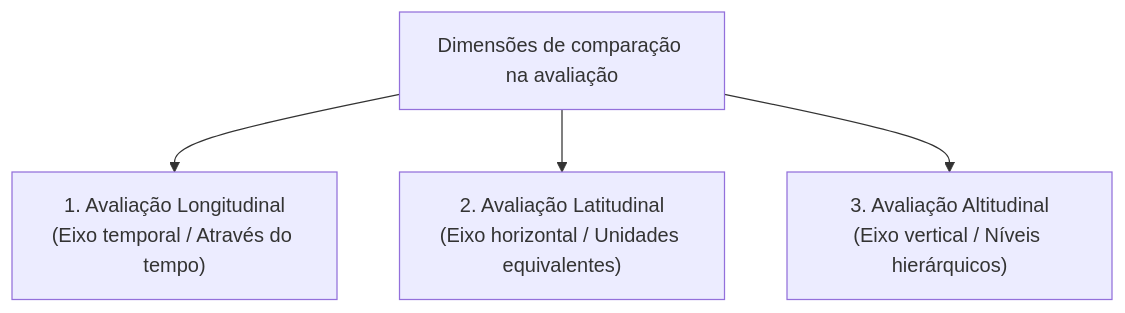
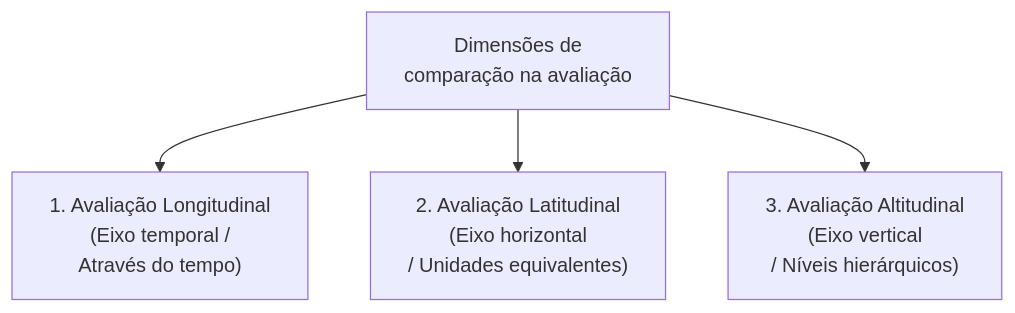
The fourth of 4 diagrams in 08. Design de Interacao/19. Avaliação de sistemas interativos - por que, quando e quem participa.md (leorruas/puc), drawn with Mermaid before and after one commit. The commit also changed other lines of this file and 16 other files, not shown here.

Commit message:
style(mermaid): comprehensive audit and optimization of 45 Mermaid blocks across all 22 topic notes

````diff
--- a/08. Design de Interacao/19. Avaliação de sistemas interativos - por que, quando e quem participa.md
+++ b/08. Design de Interacao/19. Avaliação de sistemas interativos - por que, quando e quem participa.md
@@ -166,6 +166,6 @@
 ```mermaid
 graph TD
-    Dimensoes["Dimensões de comparação na avaliação"] --> Long["1. Avaliação Longitudinal<br>(Eixo temporal / Através do tempo)"]
-    Dimensoes --> Lat["2. Avaliação Latitudinal<br>(Eixo horizontal / Unidades equivalentes)"]
-    Dimensoes --> Alt["3. Avaliação Altitudinal<br>(Eixo vertical / Níveis hierárquicos)"]
+    Dimensoes["Dimensões de<br>comparação na avaliação"] --> Long["1. Avaliação Longitudinal<br>(Eixo temporal /<br>Através do tempo)"]
+    Dimensoes --> Lat["2. Avaliação Latitudinal<br>(Eixo horizontal<br>/ Unidades equivalentes)"]
+    Dimensoes --> Alt["3. Avaliação Altitudinal<br>(Eixo vertical<br>/ Níveis hierárquicos)"]
 ```
````
